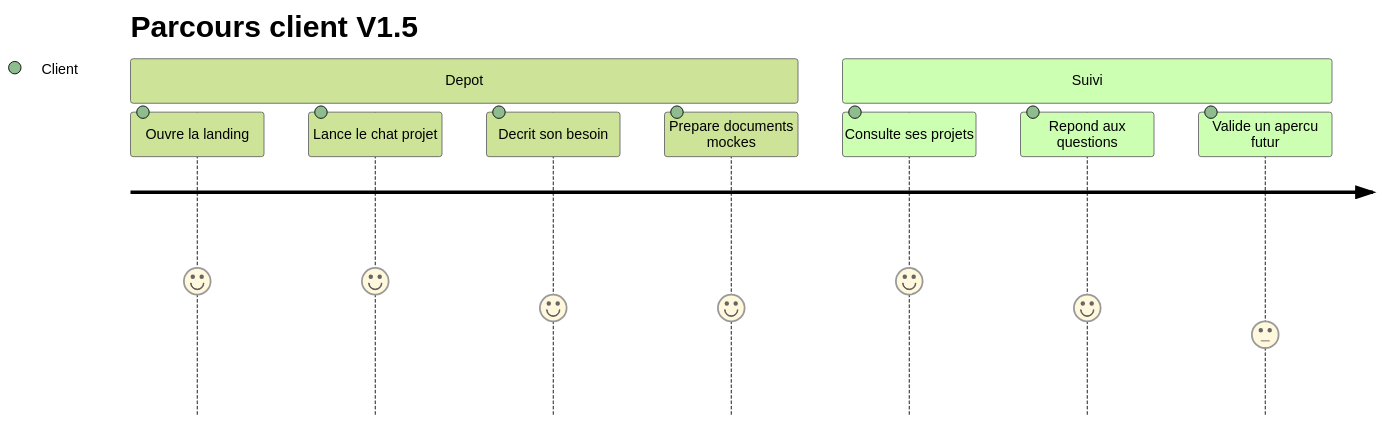
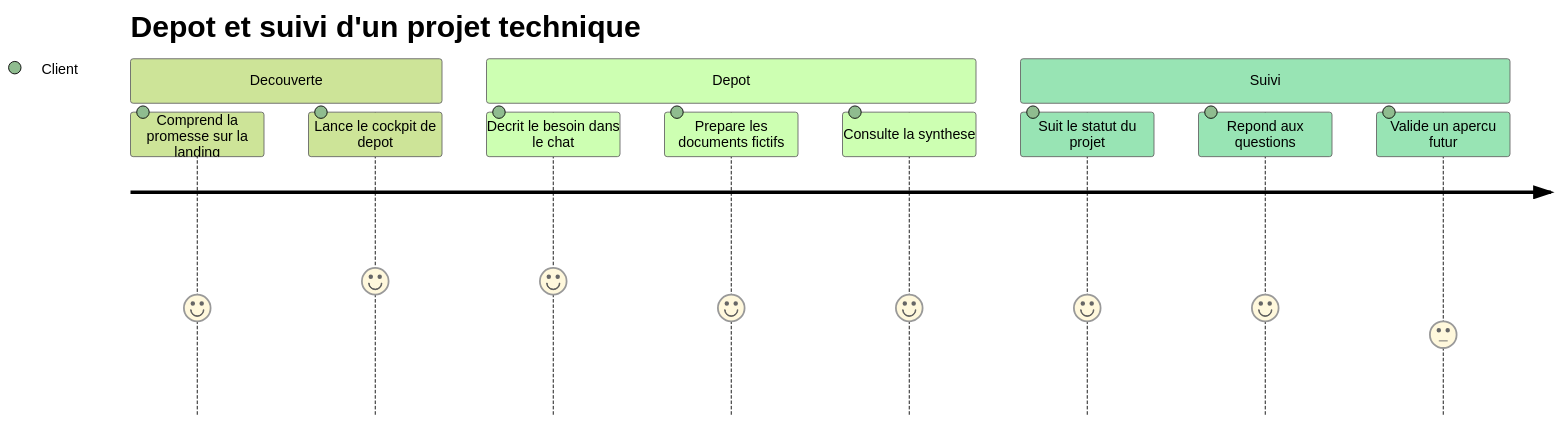
One commit to RAYAN-DOB/vellum changed the first of 3 diagrams in docs/user-flows.md. Above: the diagram before and after it, drawn with Mermaid (forest theme). The commit also changed other lines of this file and 42 other files, not shown here.

Commit message:
Rebuild visual identity with architectural premium UI

````diff
--- a/docs/user-flows.md
+++ b/docs/user-flows.md
@@ -5,13 +5,15 @@
 ```mermaid
 journey
-  title Parcours client V1.5
+  title Depot et suivi d'un projet technique
+  section Decouverte
+    Comprend la promesse sur la landing: 4: Client
+    Lance le cockpit de depot: 5: Client
   section Depot
-    Ouvre la landing: 5: Client
-    Lance le chat projet: 5: Client
-    Decrit son besoin: 4: Client
-    Prepare documents mockes: 4: Client
+    Decrit le besoin dans le chat: 5: Client
+    Prepare les documents fictifs: 4: Client
+    Consulte la synthese: 4: Client
   section Suivi
-    Consulte ses projets: 5: Client
+    Suit le statut du projet: 4: Client
     Repond aux questions: 4: Client
     Valide un apercu futur: 3: Client
 ```
````
